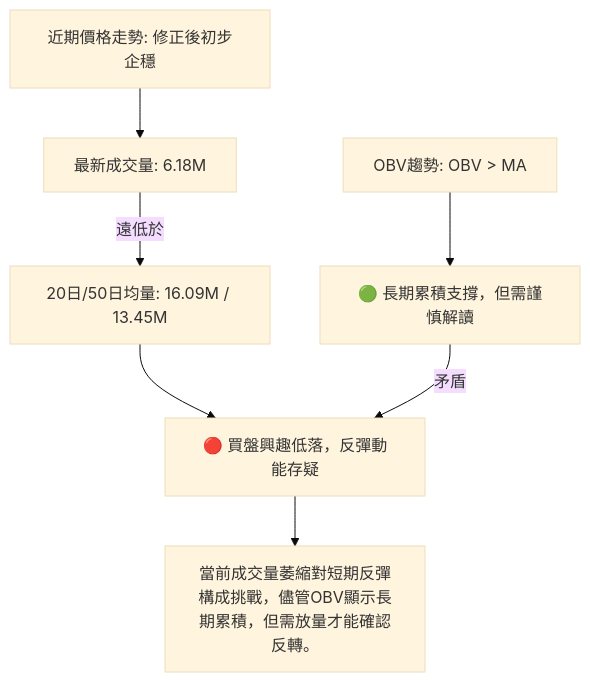
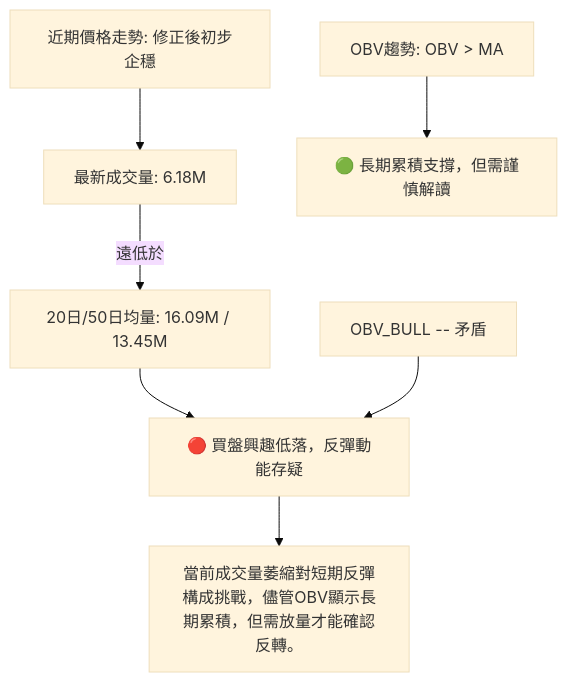
The seventh of 11 diagrams in ai_gen_report/stock/pl/technical_analysis_2026-07-07_gemini.md (yennanliu/finance_data), drawn with Mermaid (base theme) before and after one commit. The commit also changed other lines of this file and 2258 other files, not shown here.

First line of the commit message:
chore: backfill Mermaid syntax repair across existing reports

````diff
--- a/ai_gen_report/stock/pl/technical_analysis_2026-07-07_gemini.md
+++ b/ai_gen_report/stock/pl/technical_analysis_2026-07-07_gemini.md
@@ -580,11 +580,11 @@
 ```mermaid
 graph TD
-    PRICE_ACTION[近期價格走勢: 修正後初步企穩] --> VOL_CURRENT[最新成交量: 6.18M]
-    VOL_CURRENT -->|遠低於| VOL_AVG[20日/50日均量: 16.09M / 13.45M]
-    VOL_AVG --> LOW_CONVICTION[🔴 買盤興趣低落，反彈動能存疑]
+    PRICE_ACTION["近期價格走勢: 修正後初步企穩"] --> VOL_CURRENT["最新成交量: 6.18M"]
+    VOL_CURRENT -->|"遠低於"| VOL_AVG["20日/50日均量: 16.09M / 13.45M"]
+    VOL_AVG --> LOW_CONVICTION["🔴 買盤興趣低落，反彈動能存疑"]
 
-    OBV_TREND[OBV趨勢: OBV > MA] --> OBV_BULL[🟢 長期累積支撐，但需謹慎解讀]
-    OBV_BULL -- 矛盾 --> LOW_CONVICTION
+    OBV_TREND["OBV趨勢: OBV > MA"] --> OBV_BULL["🟢 長期累積支撐，但需謹慎解讀"]
+    nb1["OBV_BULL -- 矛盾"] --> LOW_CONVICTION
     
-    LOW_CONVICTION --> CONCLUSION[當前成交量萎縮對短期反彈構成挑戰，儘管OBV顯示長期累積，但需放量才能確認反轉。]
+    LOW_CONVICTION --> CONCLUSION["當前成交量萎縮對短期反彈構成挑戰，儘管OBV顯示長期累積，但需放量才能確認反轉。"]
 ```
````
